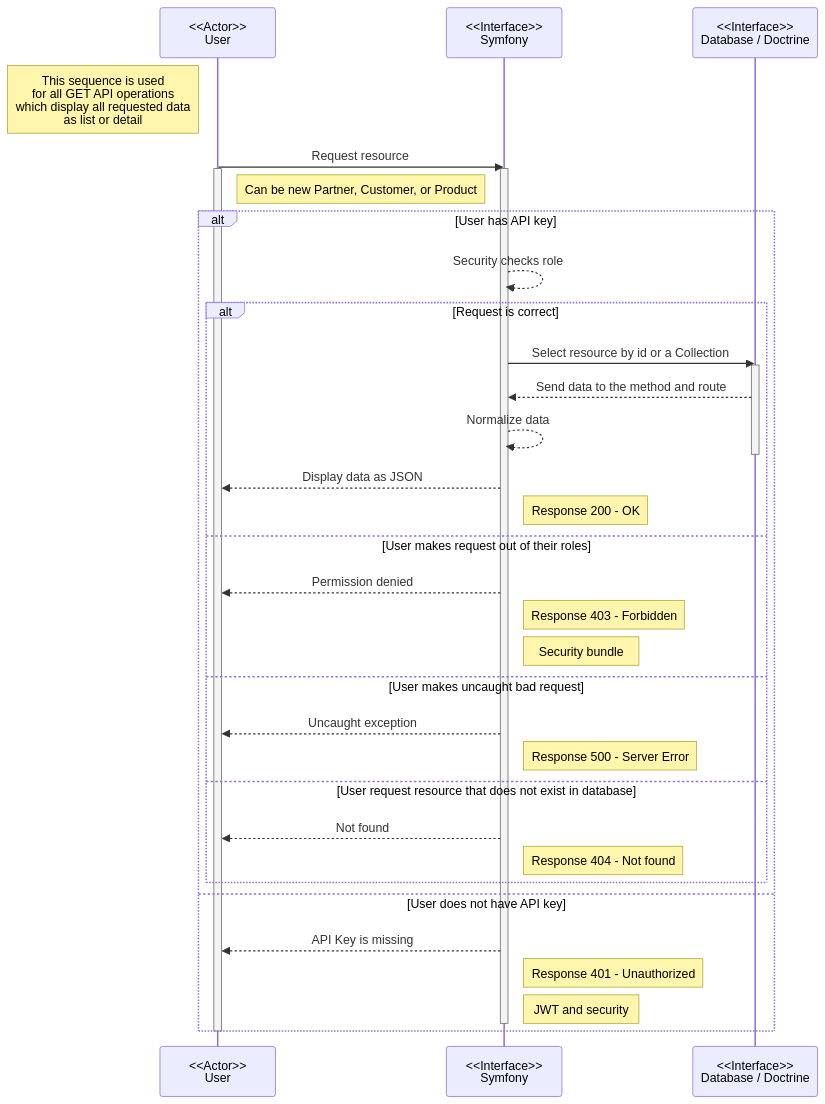
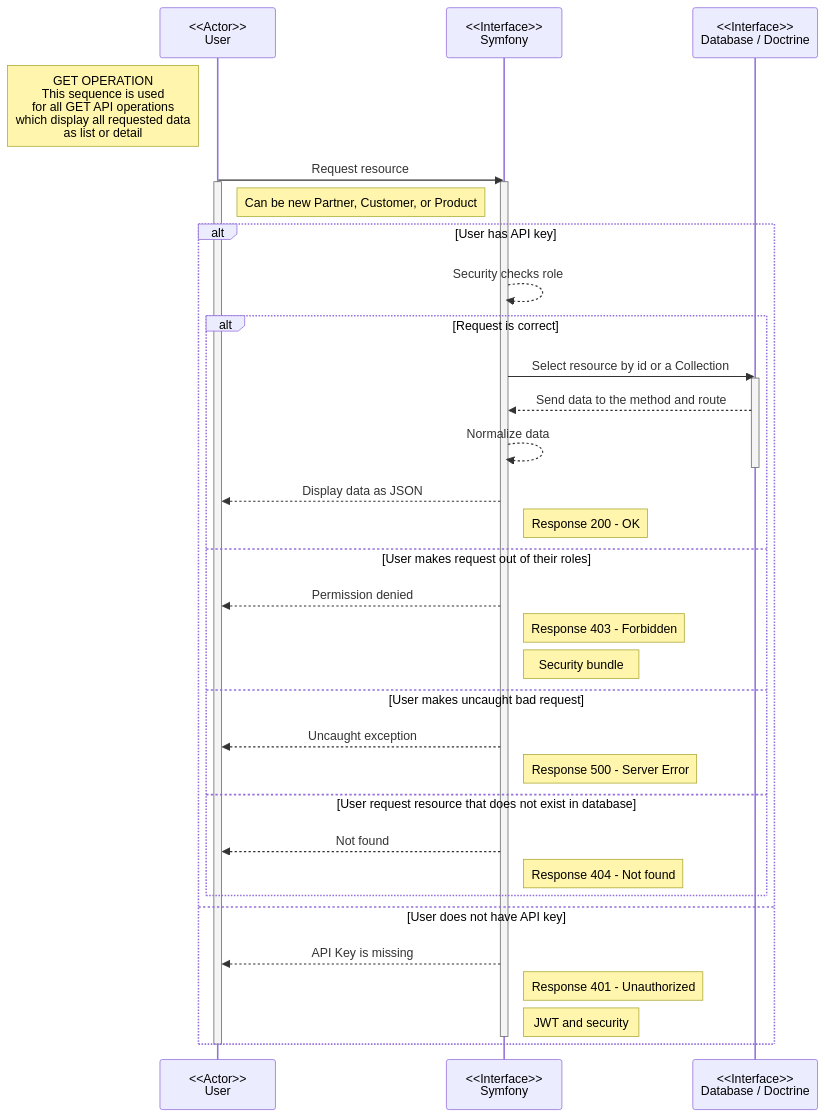
The diagram in doc/diagrams/sequence_get-operations.md (Palingenae/OC-P7-BileMo), drawn with Mermaid before and after one commit. The commit also changed 1 other file, not shown here.

````diff
--- a/doc/diagrams/sequence_get-operations.md
+++ b/doc/diagrams/sequence_get-operations.md
@@ -1,40 +1,40 @@
 ```mermaid
     sequenceDiagram
     participant U as <<Actor>><br/>User
     participant S as <<Interface>><br/>Symfony
     participant D as <<Interface>><br/>Database / Doctrine
 
-    note left of U: This sequence is used <br/>for all GET API operations<br/>which display all requested data <br/>as list or detail
+    note left of U: GET OPERATION<br/>This sequence is used <br/>for all GET API operations<br/>which display all requested data <br/>as list or detail
     U ->> S: Request resource
     activate U
     activate S
     note right of U: Can be new Partner, Customer, or Product
     alt User has API key
         S -->> S: Security checks role
         alt Request is correct
             S ->> D: Select resource by id or a Collection
             activate D
             D -->> S: Send data to the method and route
             S -->> S: Normalize data
             deactivate D
             S -->> U: Display data as JSON
             note right of S: Response 200 - OK
         else User makes request out of their roles
             S -->> U: Permission denied
             note right of S: Response 403 - Forbidden
             note right of S: Security bundle
         else User makes uncaught bad request
             S -->> U: Uncaught exception
             note right of S: Response 500 - Server Error
         else User request resource that does not exist in database
             S -->> U: Not found
             note right of S: Response 404 - Not found
         end
     else User does not have API key
         S -->> U: API Key is missing
         note right of S: Response 401 - Unauthorized
         note right of S: JWT and security
         deactivate S
     end
     deactivate U
 ```
````
